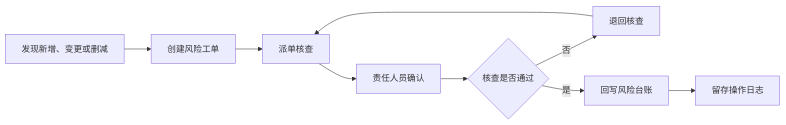
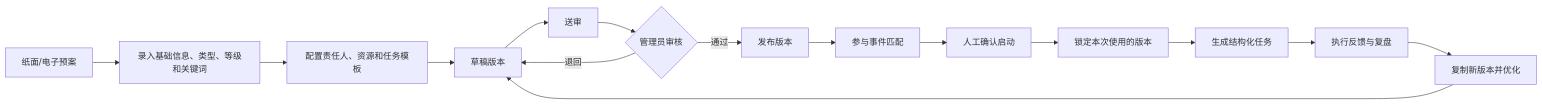
The third of 5 diagrams in docs/SOP.md (Robot-TZ/xihu-emergency-management-platform), drawn with Mermaid before and after one commit. The commit also changed other lines of this file and 2 other files, not shown here.

````diff
--- a/docs/SOP.md
+++ b/docs/SOP.md
@@ -32,11 +99,17 @@
 ```mermaid
 flowchart LR
-    A[发现新增、变更或删减] --> B[创建风险工单]
-    B --> C[派单核查]
-    C --> D[责任人员确认]
-    D --> E{核查是否通过}
-    E -- 否 --> F[退回核查]
-    F --> C
-    E -- 是 --> G[回写风险台账]
-    G --> H[留存操作日志]
+    DOC[纸面/电子预案] --> EDIT[录入基础信息、类型、等级和关键词]
+    EDIT --> TEMPLATE[配置责任人、资源和任务模板]
+    TEMPLATE --> DRAFT[草稿版本]
+    DRAFT --> REVIEW[送审]
+    REVIEW --> DECIDE{管理员审核}
+    DECIDE -- 退回 --> DRAFT
+    DECIDE -- 通过 --> PUB[发布版本]
+    PUB --> MATCH[参与事件匹配]
+    MATCH --> START[人工确认启动]
+    START --> SNAPSHOT[锁定本次使用的版本]
+    SNAPSHOT --> TASK[生成结构化任务]
+    TASK --> RESULT[执行反馈与复盘]
+    RESULT --> NEW[复制新版本并优化]
+    NEW --> DRAFT
 ```
````
